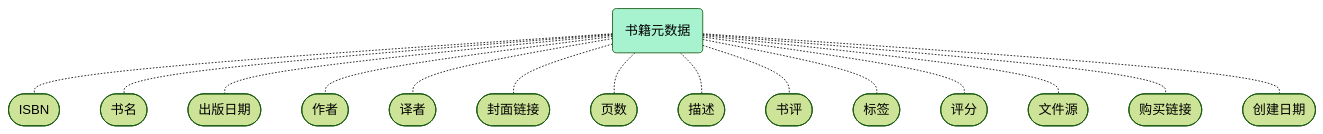
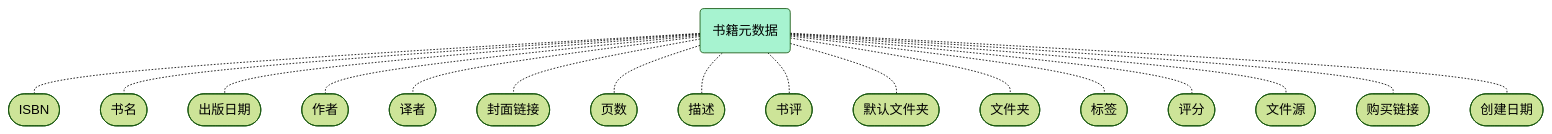
One commit to Benbinbin/BookMate changed the second of 2 diagrams in Database.md. Above: the diagram before and after it, drawn with Mermaid (forest theme). The commit also changed other lines of this file and 10 other files, not shown here.

````diff
--- a/Database.md
+++ b/Database.md
@@ -32,18 +32,20 @@
 ```mermaid
 graph TD
   metadata(书籍元数据) -.- isbn([ISBN])
   metadata -.- titles([书名])
   metadata -.- date([出版日期])
   metadata -.- authors([作者])
   metadata -.- translators([译者])
   metadata -.- covers([封面链接])
   metadata -.- pagination([页数])
   metadata -.- description([描述])
   metadata -.- review([书评])
+  metadata -.- defaultCollections([默认文件夹])
+  metadata -.- collections([文件夹])
   metadata -.- tags([标签])
   metadata -.- stars([评分])
   metadata -.- sources([文件源])
   metadata -.- links([购买链接])
   metadata -.- bookCreatedData([创建日期])
   style metadata fill: #A7F3D0
 ```
````
